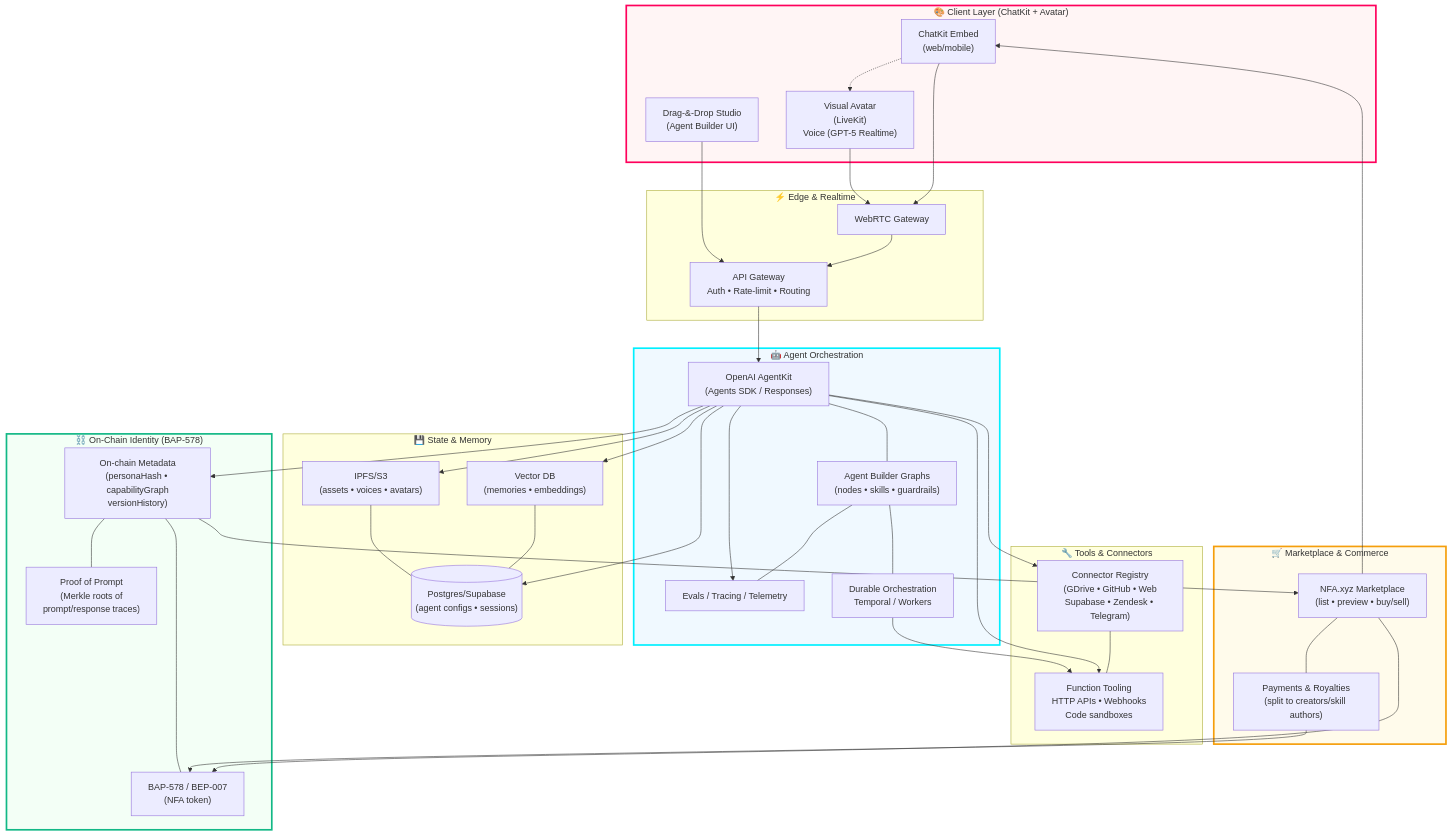
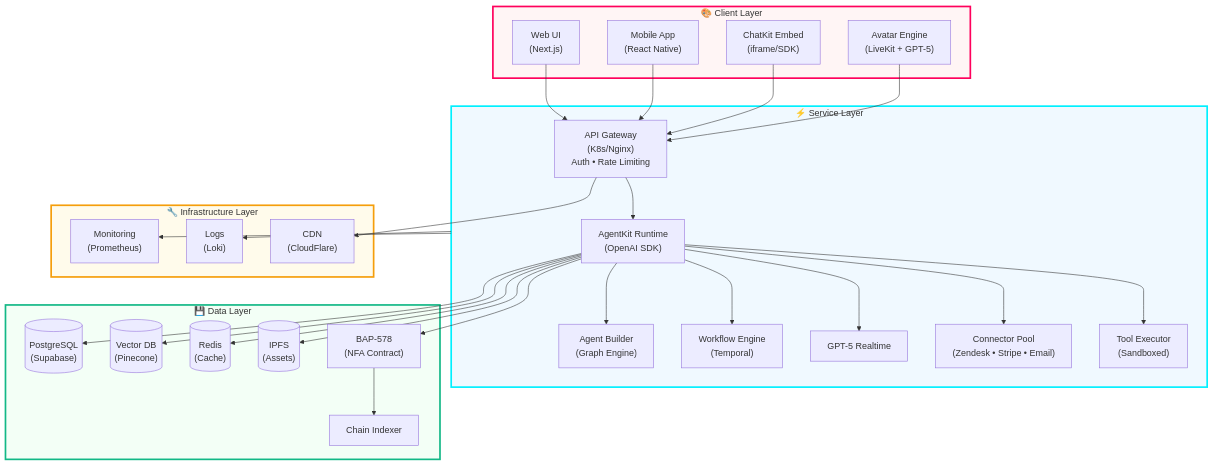
One commit to christelbuchanan/nfa-agentkit-playbook changed the first of 12 diagrams in README.md. Above: the diagram before and after it, drawn with Mermaid. The commit also changed 2 other files, not shown here.

Commit message:
chore: improvement

````diff
--- a/README.md
+++ b/README.md
@@ -22,75 +22,65 @@
 ```mermaid
-flowchart TB
-    subgraph UI["🎨 Client Layer (ChatKit + Avatar)"]
-        CK["ChatKit Embed<br/>(web/mobile)"]
-        AV["Visual Avatar<br/>(LiveKit)<br/>Voice (GPT-5 Realtime)"]
-        STUDIO["Drag-&-Drop Studio<br/>(Agent Builder UI)"]
-        CK -.-> AV
+graph TB
+    subgraph CLIENT["🎨 Client Layer"]
+        WEB["Web UI<br/>(Next.js)"]
+        MOBILE["Mobile App<br/>(React Native)"]
+        CHATKIT["ChatKit Embed<br/>(iframe/SDK)"]
+        AVATAR["Avatar Engine<br/>(LiveKit + GPT-5)"]
     end
 
-    subgraph EDGE["⚡ Edge & Realtime"]
-        RTC["WebRTC Gateway"]
-        APIGW["API Gateway<br/>Auth • Rate-limit • Routing"]
-        RTC --> APIGW
+    subgraph SERVICE["⚡ Service Layer"]
+        APIGW["API Gateway<br/>(K8s/Nginx)<br/>Auth • Rate Limiting"]
+        
+        AGENTKIT["AgentKit Runtime<br/>(OpenAI SDK)"]
+        BUILDER["Agent Builder<br/>(Graph Engine)"]
+        WORKFLOW["Workflow Engine<br/>(Temporal)"]
+        
+        GPT5["GPT-5 Realtime"]
+        CONNECTORS["Connector Pool<br/>(Zendesk • Stripe • Email)"]
+        TOOLS["Tool Executor<br/>(Sandboxed)"]
     end
 
-    subgraph AGENTS["🤖 Agent Orchestration"]
-        AK["OpenAI AgentKit<br/>(Agents SDK / Responses)"]
-        FLOWS["Agent Builder Graphs<br/>(nodes • skills • guardrails)"]
-        EVAL["Evals / Tracing / Telemetry"]
-        TEMP["Durable Orchestration<br/>Temporal / Workers"]
-        AK --- FLOWS
-        FLOWS --- EVAL
-        FLOWS --- TEMP
+    subgraph DATA["💾 Data Layer"]
+        POSTGRES[("PostgreSQL<br/>(Supabase)")]
+        VECTOR[("Vector DB<br/>(Pinecone)")]
+        REDIS[("Redis<br/>(Cache)")]
+        IPFS[("IPFS<br/>(Assets)")]
+        
+        BAP578["BAP-578<br/>(NFA Contract)"]
+        INDEXER["Chain Indexer"]
     end
 
-    subgraph TOOLS["🔧 Tools & Connectors"]
-        REG["Connector Registry<br/>(GDrive • GitHub • Web<br/>Supabase • Zendesk • Telegram)"]
-        FX["Function Tooling<br/>HTTP APIs • Webhooks<br/>Code sandboxes"]
-        REG --- FX
+    subgraph INFRA["🔧 Infrastructure Layer"]
+        MONITOR["Monitoring<br/>(Prometheus)"]
+        LOGS["Logs<br/>(Loki)"]
+        CDN["CDN<br/>(CloudFlare)"]
     end
 
-    subgraph STATE["💾 State & Memory"]
-        VDB["Vector DB<br/>(memories • embeddings)"]
-        OBJ["IPFS/S3<br/>(assets • voices • avatars)"]
-        SQL[("Postgres/Supabase<br/>(agent configs • sessions)")]
-        VDB --- SQL
-        OBJ --- SQL
-    end
+    WEB --> APIGW
+    MOBILE --> APIGW
+    CHATKIT --> APIGW
+    AVATAR --> APIGW
+    
+    APIGW --> AGENTKIT
+    AGENTKIT --> BUILDER
+    AGENTKIT --> WORKFLOW
+    AGENTKIT --> GPT5
+    AGENTKIT --> CONNECTORS
+    AGENTKIT --> TOOLS
+    
+    AGENTKIT --> POSTGRES
+    AGENTKIT --> VECTOR
+    AGENTKIT --> REDIS
+    AGENTKIT --> IPFS
+    AGENTKIT --> BAP578
+    BAP578 --> INDEXER
+    
+    SERVICE --> MONITOR
+    SERVICE --> LOGS
+    APIGW --> CDN
 
-    subgraph CHAIN["⛓️ On-Chain Identity (BAP-578)"]
-        BAP["BAP-578 / BEP-007<br/>(NFA token)"]
-        META["On-chain Metadata<br/>(personaHash • capabilityGraph<br/>versionHistory)"]
-        POP["Proof of Prompt<br/>(Merkle roots of<br/>prompt/response traces)"]
-        BAP --- META
-        META --- POP
-    end
-
-    subgraph MKT["🛒 Marketplace & Commerce"]
-        NFA["NFA.xyz Marketplace<br/>(list • preview • buy/sell)"]
-        PAY["Payments & Royalties<br/>(split to creators/skill authors)"]
-        NFA --- PAY
-    end
-
-    CK --> RTC
-    AV --> RTC
-    STUDIO --> APIGW
-    APIGW --> AK
-    AK --> REG
-    AK --> FX
-    AK --> VDB
-    AK --> SQL
-    AK --> OBJ
-    AK --> EVAL
-    TEMP --> FX
-    AK --> META
-    NFA --> CK
-    NFA --> BAP
-    PAY --> BAP
-    META --> NFA
-
-    style CHAIN fill:#f3fff6,stroke:#12b886,stroke-width:3px
-    style UI fill:#fff5f5,stroke:#FF005C,stroke-width:3px
-    style AGENTS fill:#f0f9ff,stroke:#00F0FF,stroke-width:3px
-    style MKT fill:#fffbeb,stroke:#f59e0b,stroke-width:3px
+    style CLIENT fill:#fff5f5,stroke:#FF005C,stroke-width:3px
+    style SERVICE fill:#f0f9ff,stroke:#00F0FF,stroke-width:3px
+    style DATA fill:#f3fff6,stroke:#12b886,stroke-width:3px
+    style INFRA fill:#fffbeb,stroke:#f59e0b,stroke-width:3px
 ```
````
